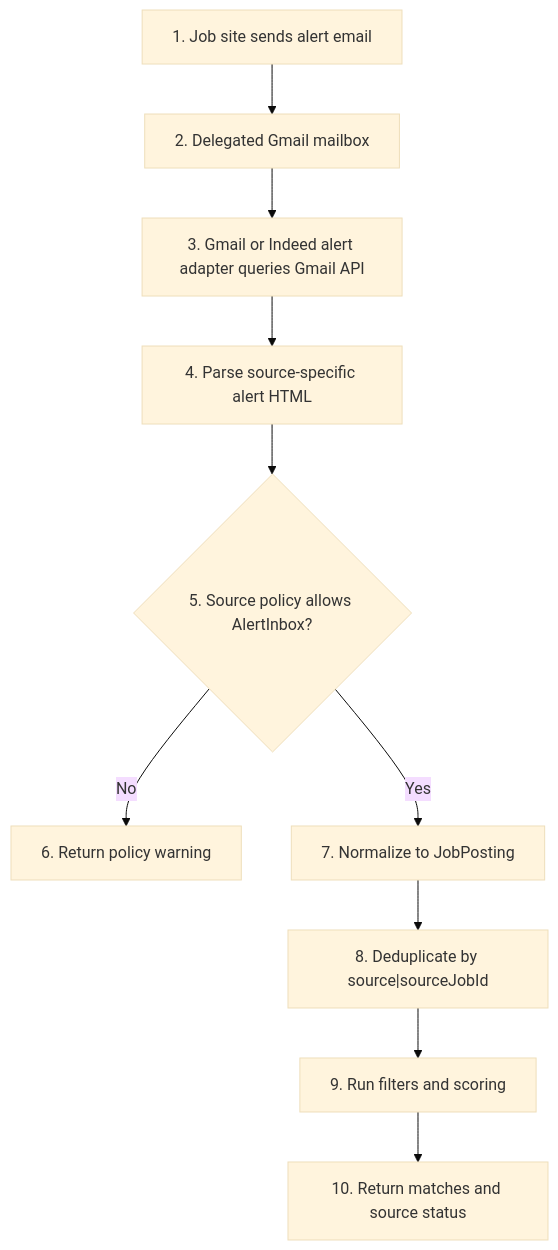
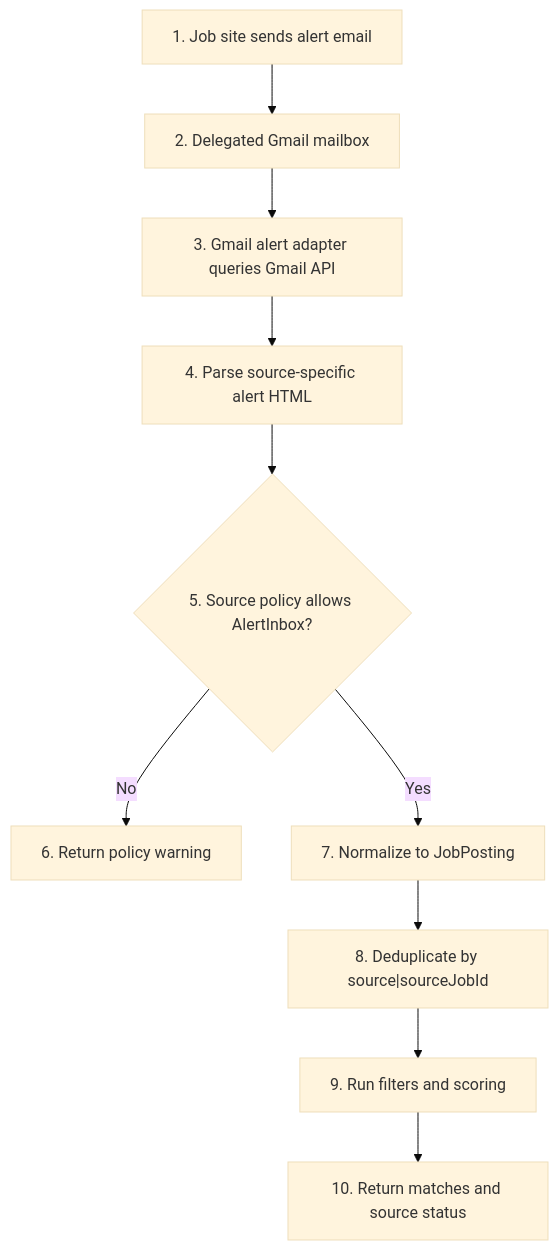
The third of 6 diagrams in docs/mcp-job-sites-integration-plan.md (ekanatha-urivakili/AiJobSearchAgent), drawn with Mermaid (base theme) before and after one commit. The commit also changed other lines of this file and 14 other files, not shown here.

````diff
--- a/docs/mcp-job-sites-integration-plan.md
+++ b/docs/mcp-job-sites-integration-plan.md
@@ -237,12 +227,12 @@
 ```mermaid
 flowchart TD
     A["1. Job site sends alert email"] --> B["2. Delegated Gmail mailbox"]
-    B --> C["3. Gmail or Indeed alert adapter queries Gmail API"]
+    B --> C["3. Gmail alert adapter queries Gmail API"]
     C --> D["4. Parse source-specific alert HTML"]
     D --> E{"5. Source policy allows AlertInbox?"}
     E -->|"No"| F["6. Return policy warning"]
     E -->|"Yes"| G["7. Normalize to JobPosting"]
     G --> H["8. Deduplicate by source|sourceJobId"]
     H --> I["9. Run filters and scoring"]
     I --> J["10. Return matches and source status"]
 ```
````
